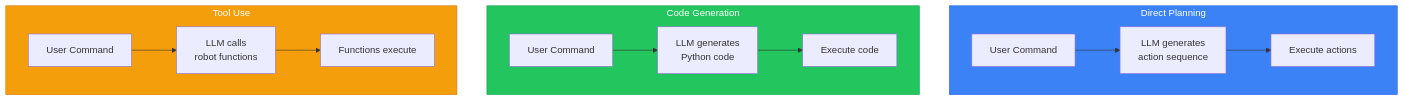
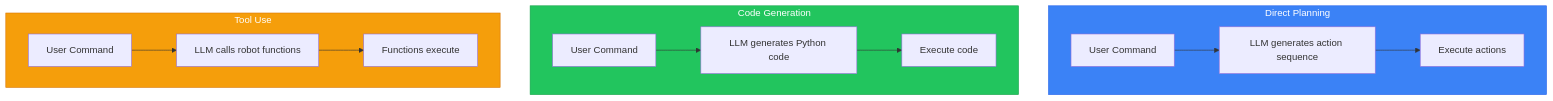
The second of 5 diagrams in docs/modules/module-4-vla/chapter-15-llm-planning.md (shakir-hussain1/physical-AI-and-humanoid-robotics-textbook-by-shakir-hussain), drawn with Mermaid before and after one commit. The commit also changed other lines of this file and 17 other files, not shown here.

Commit message:
fix: Remove br tags from Mermaid diagrams causing parse errors

````diff
--- a/docs/modules/module-4-vla/chapter-15-llm-planning.md
+++ b/docs/modules/module-4-vla/chapter-15-llm-planning.md
@@ -68,21 +68,21 @@
 ```mermaid
 flowchart TB
     subgraph Direct["Direct Planning"]
-        D1[User Command] --> D2[LLM generates<br/>action sequence]
+        D1[User Command] --> D2[LLM generates action sequence]
         D2 --> D3[Execute actions]
     end
 
     subgraph Code["Code Generation"]
-        C1[User Command] --> C2[LLM generates<br/>Python code]
+        C1[User Command] --> C2[LLM generates Python code]
         C2 --> C3[Execute code]
     end
 
     subgraph Tool["Tool Use"]
-        T1[User Command] --> T2[LLM calls<br/>robot functions]
+        T1[User Command] --> T2[LLM calls robot functions]
         T2 --> T3[Functions execute]
     end
 
     style Direct fill:#3b82f6,stroke:#2563eb,color:#fff
     style Code fill:#22c55e,stroke:#16a34a,color:#fff
     style Tool fill:#f59e0b,stroke:#d97706,color:#fff
 ```
````
